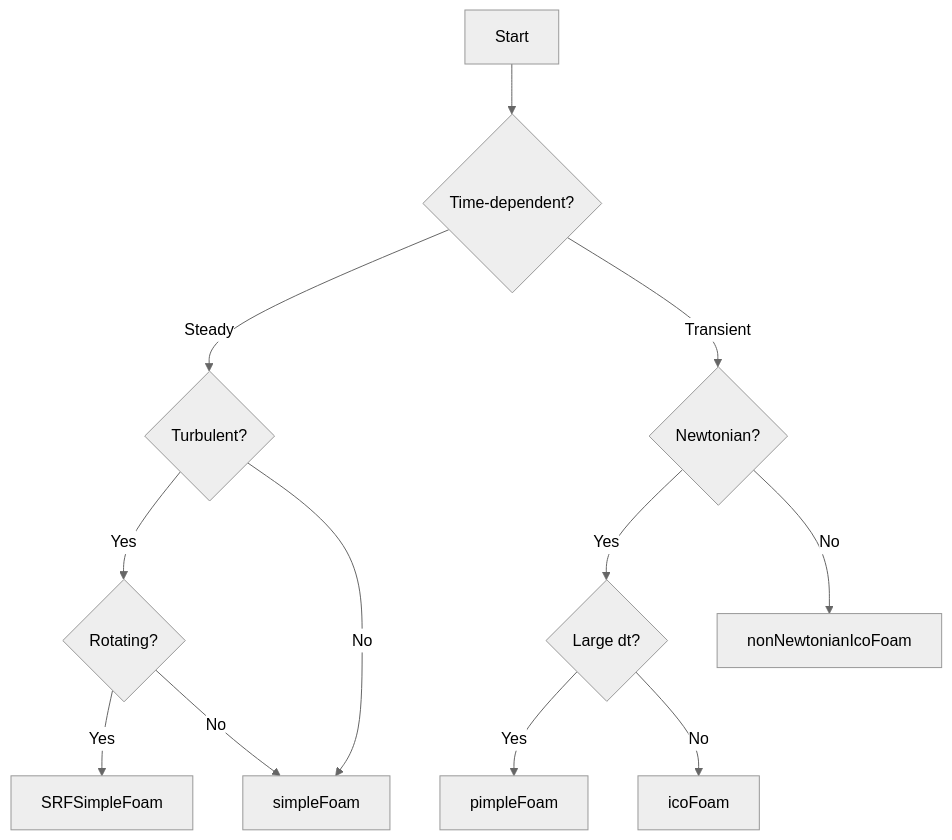
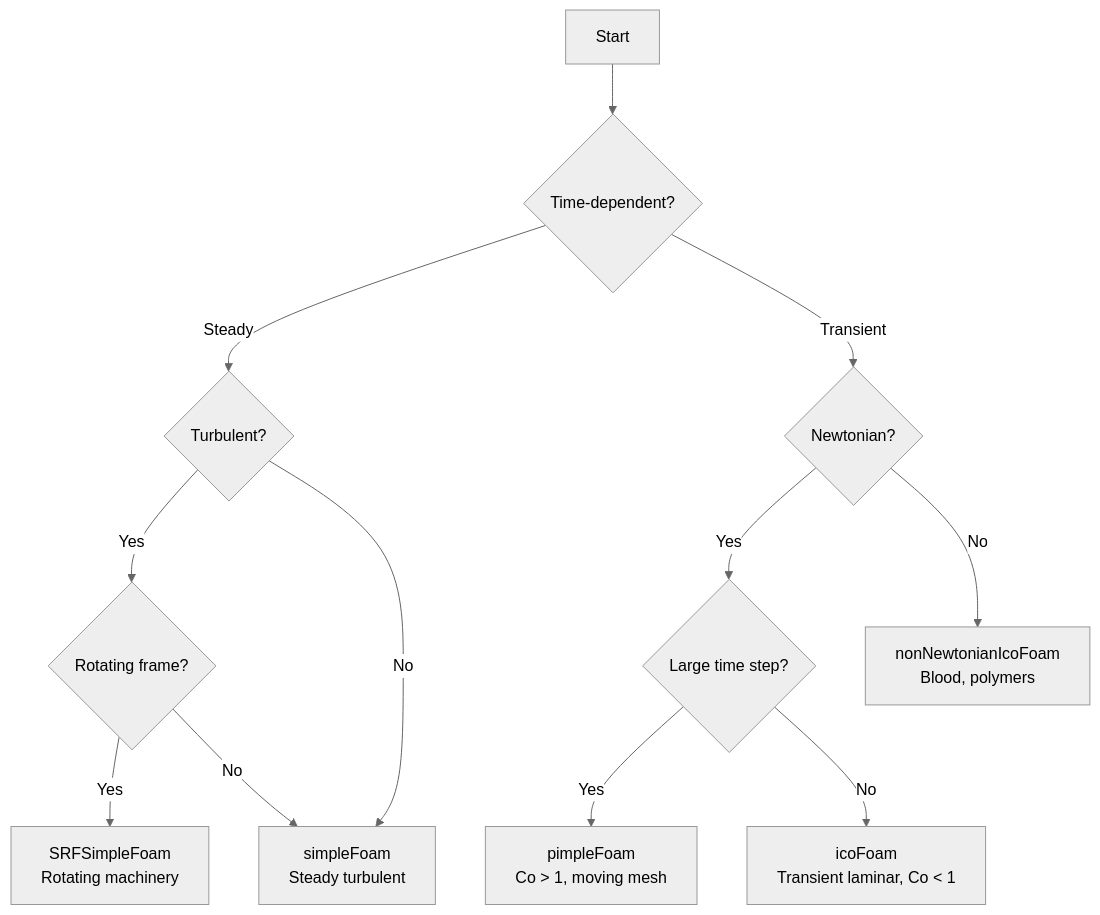
Before and after one commit to wramet/build-my-cfd: the diagram in MODULE_03_SINGLE_PHASE_FLOW/CONTENT/01_INCOMPRESSIBLE_FLOW_SOLVERS/02_Standard_Solvers.md, drawn with Mermaid (neutral theme). The commit also changed other lines of this file and 54 other files, not shown here.

````diff
--- a/MODULE_03_SINGLE_PHASE_FLOW/CONTENT/01_INCOMPRESSIBLE_FLOW_SOLVERS/02_Standard_Solvers.md
+++ b/MODULE_03_SINGLE_PHASE_FLOW/CONTENT/01_INCOMPRESSIBLE_FLOW_SOLVERS/02_Standard_Solvers.md
@@ -238,18 +49,18 @@
 ```mermaid
 flowchart TD
     A[Start] --> B{Time-dependent?}
     B -->|Steady| C{Turbulent?}
     B -->|Transient| D{Newtonian?}
     
-    C -->|Yes| E{Rotating?}
-    C -->|No| F[simpleFoam]
+    C -->|Yes| E{Rotating frame?}
+    C -->|No| F[simpleFoam<br/>Steady turbulent]
     
-    E -->|Yes| G[SRFSimpleFoam]
+    E -->|Yes| G[SRFSimpleFoam<br/>Rotating machinery]
     E -->|No| F
     
-    D -->|Yes| H{Large dt?}
-    D -->|No| I[nonNewtonianIcoFoam]
+    D -->|Yes| H{Large time step?}
+    D -->|No| I[nonNewtonianIcoFoam<br/>Blood, polymers]
     
-    H -->|Yes| J[pimpleFoam]
-    H -->|No| K[icoFoam]
+    H -->|Yes| J[pimpleFoam<br/>Co > 1, moving mesh]
+    H -->|No| K[icoFoam<br/>Transient laminar, Co < 1]
 ```
````
